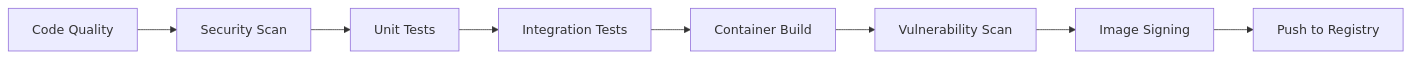
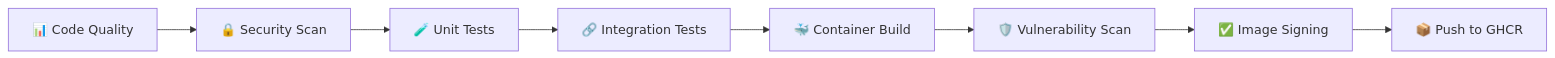
One commit to ribatshepo/WorkFlowOchestrator changed the second of 6 diagrams in Docs/ci-cd/pipeline-architecture.md. Above: the diagram before and after it, drawn with Mermaid. The commit also changed other lines of this file and 3 other files, not shown here.

First line of the commit message:
Enhance CI/CD Documentation and Architecture

````diff
--- a/Docs/ci-cd/pipeline-architecture.md
+++ b/Docs/ci-cd/pipeline-architecture.md
@@ -129,10 +144,10 @@
 ```mermaid
 graph LR
-    A[Code Quality] --> B[Security Scan]
-    B --> C[Unit Tests]
-    C --> D[Integration Tests]
-    D --> E[Container Build]
-    E --> F[Vulnerability Scan]
-    F --> G[Image Signing]
-    G --> H[Push to Registry]
+    A[📊 Code Quality] --> B[🔒 Security Scan]
+    B --> C[🧪 Unit Tests]
+    C --> D[🔗 Integration Tests]
+    D --> E[🐳 Container Build]
+    E --> F[🛡️ Vulnerability Scan]
+    F --> G[✅ Image Signing]
+    G --> H[📦 Push to GHCR]
 ```
````
